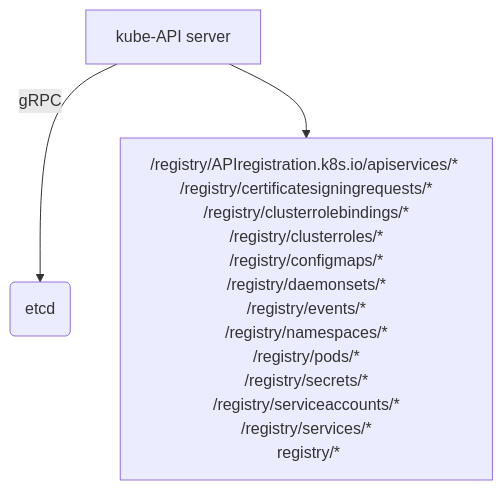
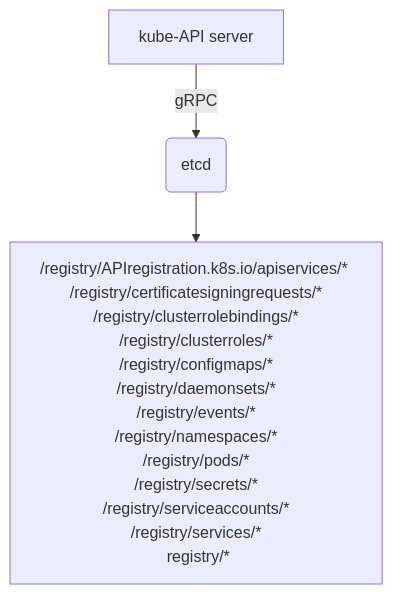
One commit to 007chiragshah/tucana changed the second of 2 diagrams in Architecture_Overview.md. Above: the diagram before and after it, drawn with Mermaid.

````diff
--- a/Architecture_Overview.md
+++ b/Architecture_Overview.md
@@ -62,5 +62,5 @@
   ```mermaid 
   graph TD
     A[kube-API server]-->|gRPC|B(etcd)
-    A --> C[ /registry/APIregistration.k8s.io/apiservices/* \n /registry/certificatesigningrequests/* \n /registry/clusterrolebindings/* \n /registry/clusterroles/* \n /registry/configmaps/* \n /registry/daemonsets/* \n /registry/events/* \n /registry/namespaces/* \n /registry/pods/* \n /registry/secrets/* \n /registry/serviceaccounts/* \n /registry/services/* \n registry/* ]
+    B --> C[ /registry/APIregistration.k8s.io/apiservices/* \n /registry/certificatesigningrequests/* \n /registry/clusterrolebindings/* \n /registry/clusterroles/* \n /registry/configmaps/* \n /registry/daemonsets/* \n /registry/events/* \n /registry/namespaces/* \n /registry/pods/* \n /registry/secrets/* \n /registry/serviceaccounts/* \n /registry/services/* \n registry/* ]
   ```
````
